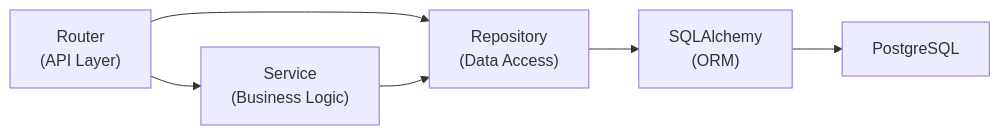
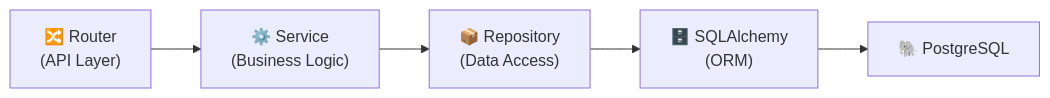
One commit to Kensan196948G/ServiceHub-Construction-Platform changed the second of 4 diagrams in README.md. Above: the diagram before and after it, drawn with Mermaid. The commit also changed other lines of this file and 1 other file, not shown here.

````diff
--- a/README.md
+++ b/README.md
@@ -96,8 +97,7 @@
 ```mermaid
 graph LR
-    R["Router\n(API Layer)"] --> S["Service\n(Business Logic)"]
-    R --> Repo["Repository\n(Data Access)"]
-    S --> Repo
-    Repo --> DB["SQLAlchemy\n(ORM)"]
-    DB --> PG["PostgreSQL"]
+    R["🔀 Router\n(API Layer)"] --> S["⚙️ Service\n(Business Logic)"]
+    S --> Repo["📦 Repository\n(Data Access)"]
+    Repo --> DB["🗄️ SQLAlchemy\n(ORM)"]
+    DB --> PG["🐘 PostgreSQL"]
 ```
````
